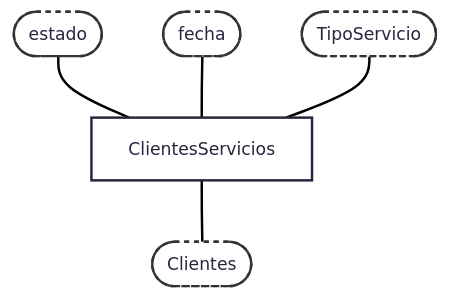
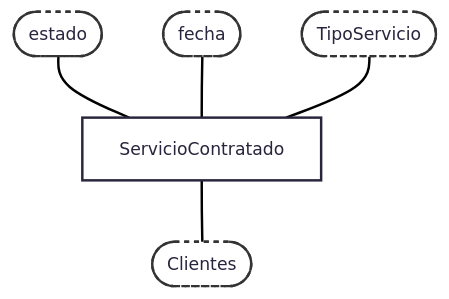
The diagram in preguntas.md (Brunopezman/red-social), drawn with Mermaid before and after one commit. The commit also changed other lines of this file, not shown here.

````diff
--- a/preguntas.md
+++ b/preguntas.md
@@ -59,12 +59,12 @@
 ```mermaid
     %%{init: {'theme': 'redux'}}%%
     flowchart TB
-        A(["estado"]) & D(["fecha"]) & E(["TipoServicio"]) --- B["ClientesServicios"]
+        A(["estado"]) & D(["fecha"]) & E(["TipoServicio"]) --- B["ServicioContratado"]
         B --- C(["Clientes"]) 
 
         %% Definición de estilo: círculo con borde punteado
         classDef dottedCircle stroke:#333,stroke-width:2px,stroke-dasharray:4 4,fill:#fff;
 
         %% Aplicar estilo a los nodos deseados
         class A,D,E,C dottedCircle;
 ```
````
